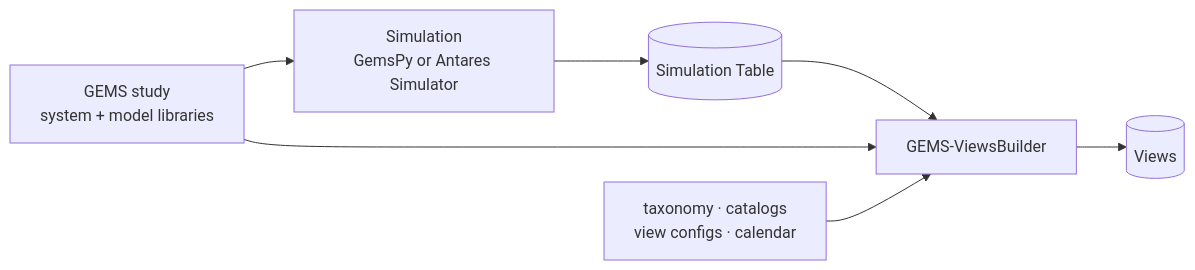
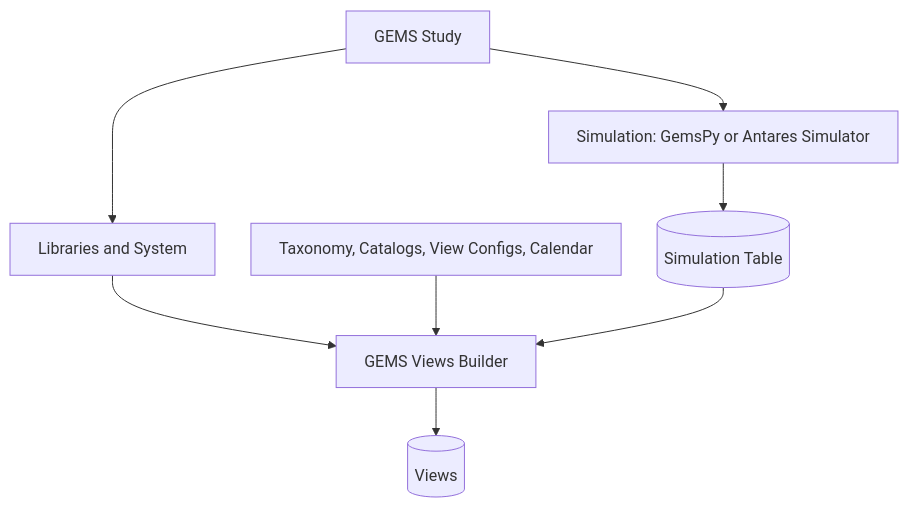
The diagram in README.md (AntaresSimulatorTeam/GEMS-ViewsBuilder), drawn with Mermaid before and after one commit. The commit also changed other lines of this file, not shown here.

````diff
--- a/README.md
+++ b/README.md
@@ -34,9 +34,11 @@
 ```mermaid
-flowchart LR
-    study["GEMS study<br/>system + model libraries"] --> sim["Simulation<br/>GemsPy or Antares Simulator"]
-    sim --> st[("Simulation Table")]
-    st --> gvb["GEMS-ViewsBuilder"]
-    study --> gvb
-    inputs["taxonomy · catalogs<br/>view configs · calendar"] --> gvb
+%%{init: {"flowchart": {"htmlLabels": false, "wrappingWidth": 420, "padding": 14, "nodeSpacing": 36, "rankSpacing": 48}} }%%
+flowchart TB
+    study["GEMS Study"] --> sim["Simulation: GemsPy or Antares Simulator"]
+    sim --> table[("Simulation Table")]
+    study --> study_files["Libraries and System"]
+    study_files --> gvb["GEMS Views Builder"]
+    inputs["Taxonomy, Catalogs, View Configs, Calendar"] --> gvb
+    table --> gvb
     gvb --> views[("Views")]
 ```
````
